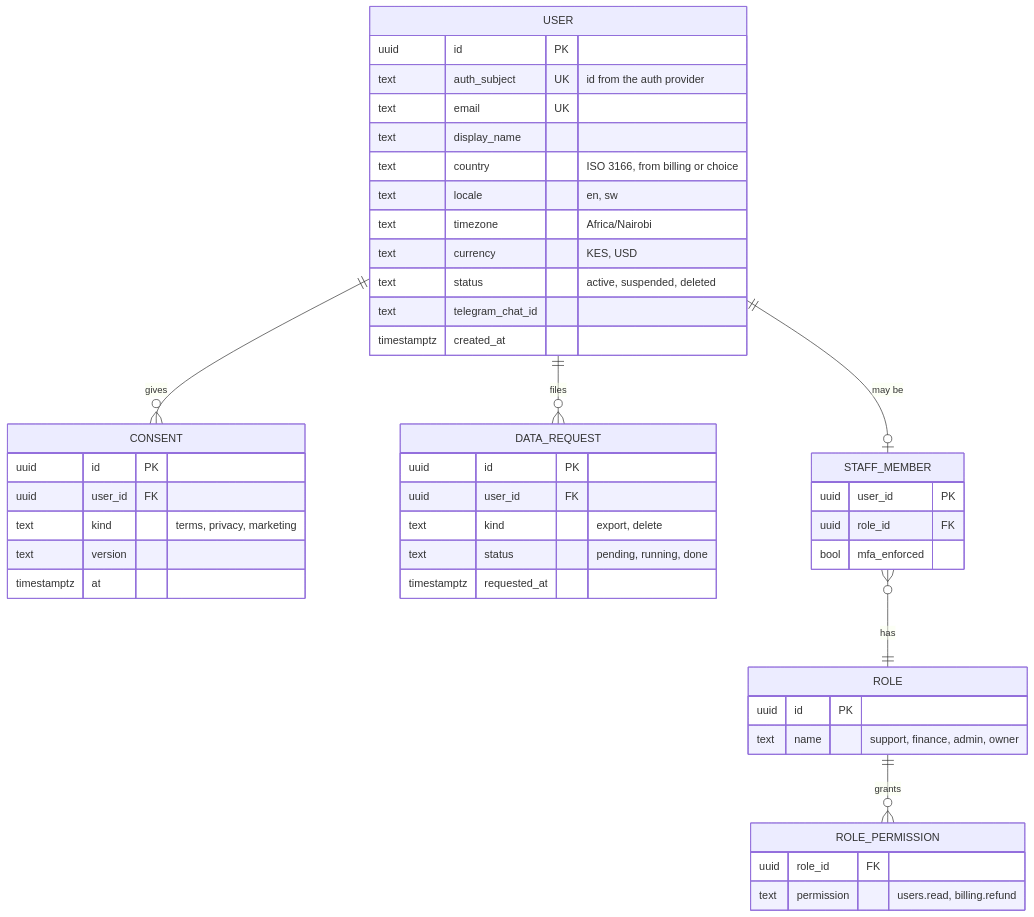
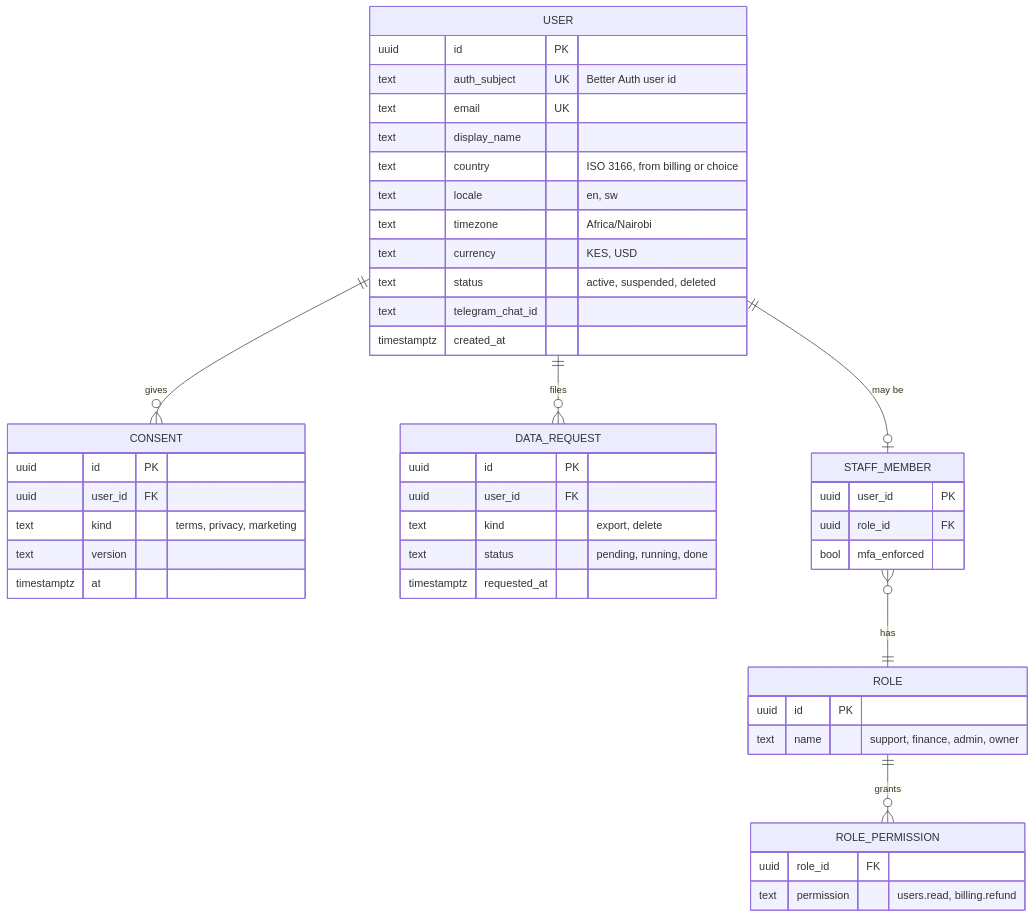
One commit to A7-studio/jobmigo changed the first of 6 diagrams in docs/database-design.md. Above: the diagram before and after it, drawn with Mermaid. The commit also changed other lines of this file and 62 other files, not shown here.

````diff
--- a/docs/database-design.md
+++ b/docs/database-design.md
@@ -21,48 +23,48 @@
 ```mermaid
 erDiagram
   USER ||--o{ CONSENT : gives
   USER ||--o{ DATA_REQUEST : files
   USER ||--o| STAFF_MEMBER : "may be"
   STAFF_MEMBER }o--|| ROLE : has
   ROLE ||--o{ ROLE_PERMISSION : grants
   USER {
     uuid id PK
-    text auth_subject UK "id from the auth provider"
+    text auth_subject UK "Better Auth user id"
     text email UK
     text display_name
     text country "ISO 3166, from billing or choice"
     text locale "en, sw"
     text timezone "Africa/Nairobi"
     text currency "KES, USD"
     text status "active, suspended, deleted"
     text telegram_chat_id
     timestamptz created_at
   }
   CONSENT {
     uuid id PK
     uuid user_id FK
     text kind "terms, privacy, marketing"
     text version
     timestamptz at
   }
   DATA_REQUEST {
     uuid id PK
     uuid user_id FK
     text kind "export, delete"
     text status "pending, running, done"
     timestamptz requested_at
   }
   STAFF_MEMBER {
     uuid user_id PK
     uuid role_id FK
     bool mfa_enforced
   }
   ROLE {
     uuid id PK
     text name "support, finance, admin, owner"
   }
   ROLE_PERMISSION {
     uuid role_id FK
     text permission "users.read, billing.refund"
   }
 ```
````
